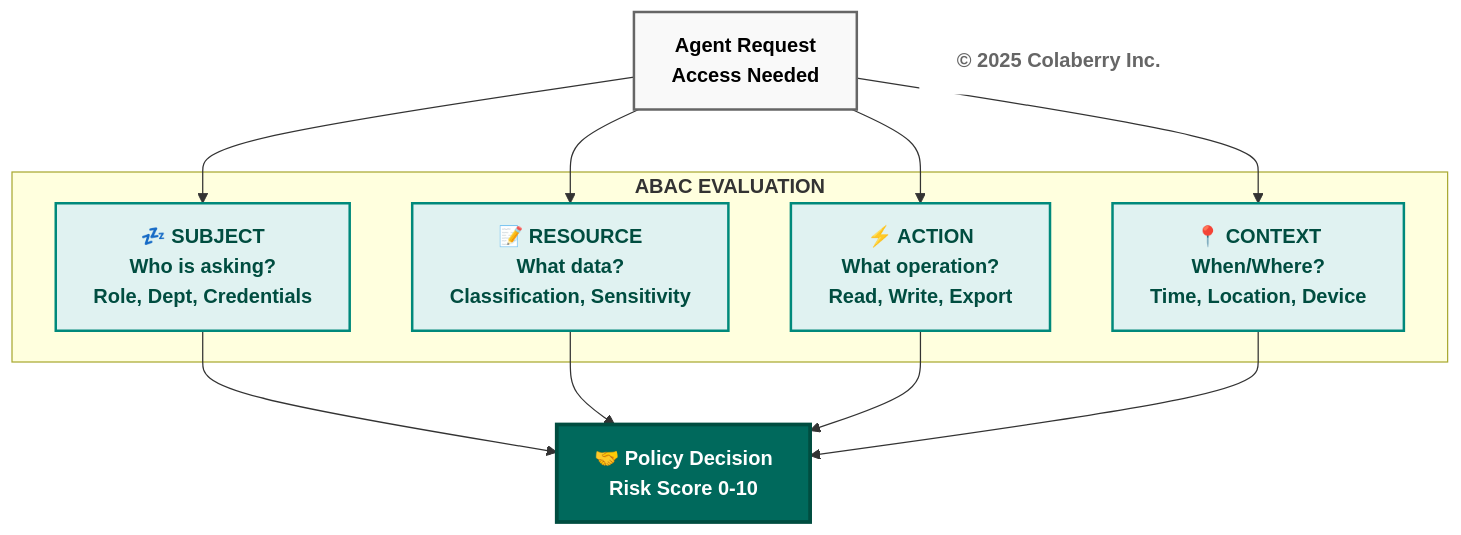
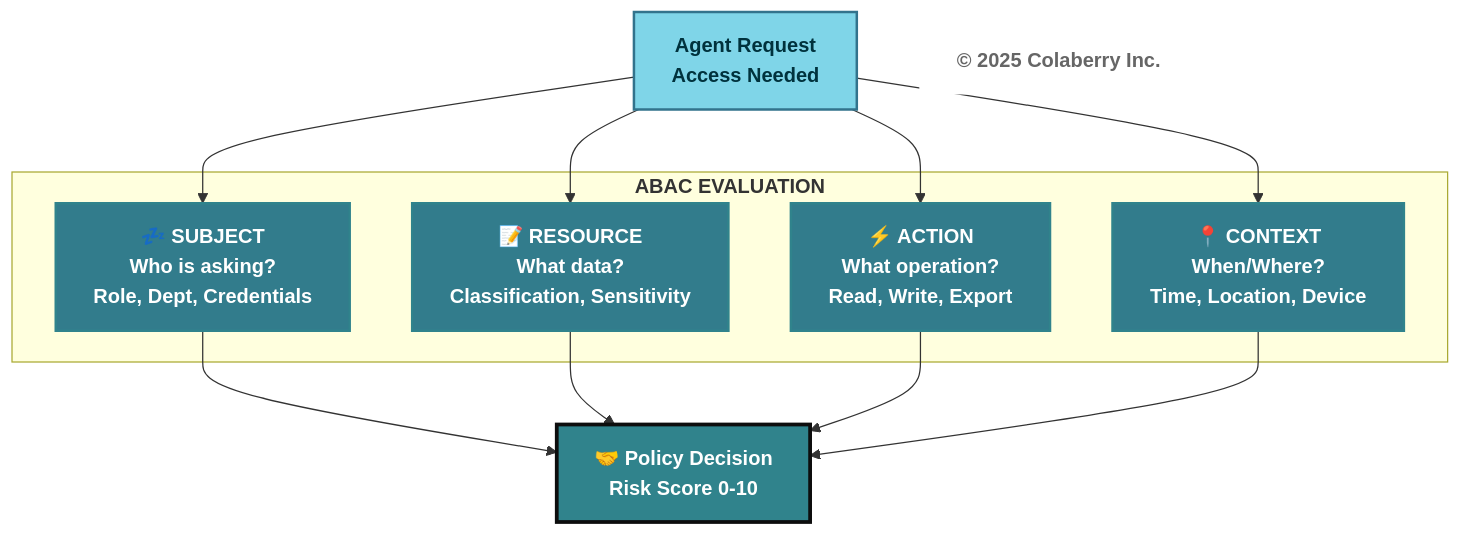
One commit to saitejesh-cyber/trust-before-intelligence-book changed the fifth of 14 diagrams in manuscript/07_chapter_6_transparency_orchestration_layers.md. Above: the diagram before and after it, drawn with Mermaid. The commit also changed other lines of this file, not shown here.

Commit message:
Update mermaid diagrams as per new coloberry color and contrast ratio for chapter 7

````diff
--- a/manuscript/07_chapter_6_transparency_orchestration_layers.md
+++ b/manuscript/07_chapter_6_transparency_orchestration_layers.md
@@ -412,32 +412,32 @@
 ```mermaid
 graph TB
     Query["<b>Agent Request</b><br/><b>Access Needed</b>"]
     
     subgraph "<b>ABAC EVALUATION</b>"
         S["<b>💤 SUBJECT</b><br/><b>Who is asking?</b><br/><b>Role, Dept, Credentials</b>"]
         R["<b>📝 RESOURCE</b><br/><b>What data?</b><br/><b>Classification, Sensitivity</b>"]
         A["<b>⚡ ACTION</b><br/><b>What operation?</b><br/><b>Read, Write, Export</b>"]
         C["<b>📍 CONTEXT</b><br/><b>When/Where?</b><br/><b>Time, Location, Device</b>"]
     end
     
     Policy["<b>🤝 Policy Decision</b><br/><b>Risk Score 0-10</b>"]
     
     Copyright["<b>© 2025 Colaberry Inc.</b>"]
     
     Query --> S
     Query --> R
     Query --> A
     Query --> C
     S --> Policy
     R --> Policy
     A --> Policy
     C --> Policy
     
-    style Query fill:#f9f9f9,stroke:#666666,stroke-width:2px,color:#000000
-    style S fill:#e0f2f1,stroke:#00897b,stroke-width:2px,color:#004d40
-    style R fill:#e0f2f1,stroke:#00897b,stroke-width:2px,color:#004d40
-    style A fill:#e0f2f1,stroke:#00897b,stroke-width:2px,color:#004d40
-    style C fill:#e0f2f1,stroke:#00897b,stroke-width:2px,color:#004d40
-    style Policy fill:#00695c,color:#ffffff,stroke:#004d40,stroke-width:3px
+    style Query fill:#7FD5E8,stroke:#32738C,stroke-width:2px,color:#00323D
+    style S fill:#327C8C,stroke:#30838C,stroke-width:2px,color:#ffffff
+    style R fill:#327C8C,stroke:#30838C,stroke-width:2px,color:#ffffff
+    style A fill:#327C8C,stroke:#30838C,stroke-width:2px,color:#ffffff
+    style C fill:#327C8C,stroke:#30838C,stroke-width:2px,color:#ffffff
+    style Policy fill:#30838C,color:#ffffff,stroke:#0D0D0D,stroke-width:3px
     style Copyright fill:#ffffff,stroke:none,color:#666666
 ```
````
